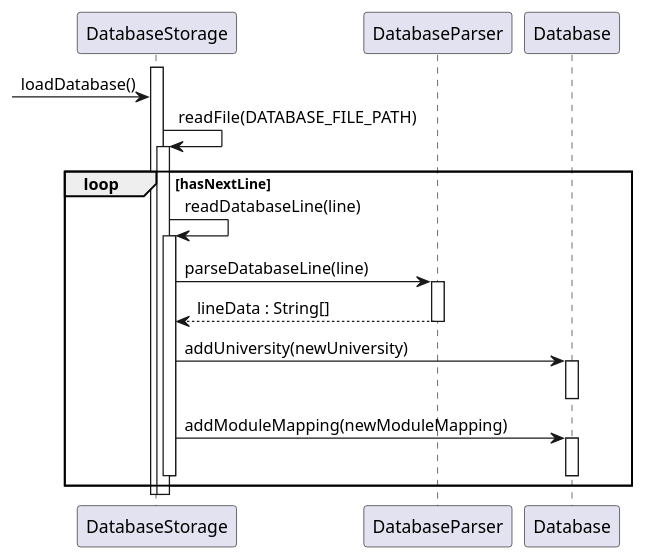
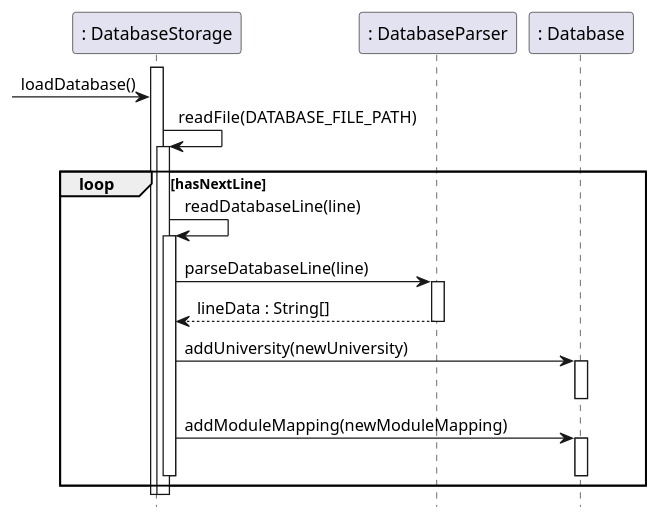
The diagram in docs/diagrams/Database_Sequence.puml (nus-cs2113-AY2223S1/tp), drawn with PlantUML before and after one commit. The commit also changed 1 other file, not shown here.

Commit message:
Update database sequence diagram
Remove footbox and add colon in front of classes

```diff
--- a/docs/diagrams/Database_Sequence.puml
+++ b/docs/diagrams/Database_Sequence.puml
@@ -1,34 +1,36 @@
 @startuml
 
-activate DatabaseStorage
+hide footbox
 
--> DatabaseStorage : loadDatabase()
+activate ": DatabaseStorage"
 
-DatabaseStorage -> DatabaseStorage : readFile(DATABASE_FILE_PATH)
-activate DatabaseStorage
+-> ": DatabaseStorage" : loadDatabase()
+
+": DatabaseStorage" -> ": DatabaseStorage" : readFile(DATABASE_FILE_PATH)
+activate ": DatabaseStorage"
 
 loop hasNextLine
-    DatabaseStorage -> DatabaseStorage : readDatabaseLine(line)
-    activate DatabaseStorage
+    ": DatabaseStorage" -> ": DatabaseStorage" : readDatabaseLine(line)
+    activate ": DatabaseStorage"
 
-    DatabaseStorage -> DatabaseParser : parseDatabaseLine(line)
-    activate DatabaseParser
-    DatabaseParser --> DatabaseStorage : lineData : String[]
-    deactivate DatabaseParser
+    ": DatabaseStorage" -> ": DatabaseParser" : parseDatabaseLine(line)
+    activate ": DatabaseParser"
+    ": DatabaseParser" --> ": DatabaseStorage" : lineData : String[]
+    deactivate ": DatabaseParser"
 
-    DatabaseStorage -> Database : addUniversity(newUniversity)
-    activate Database
-    deactivate Database
+    ": DatabaseStorage" -> ": Database" : addUniversity(newUniversity)
+    activate ": Database"
+    deactivate ": Database"
 
-    DatabaseStorage -> Database : addModuleMapping(newModuleMapping)
-    activate Database
-    deactivate Database
+    ": DatabaseStorage" -> ": Database" : addModuleMapping(newModuleMapping)
+    activate ": Database"
+    deactivate ": Database"
 
-    deactivate DatabaseStorage
+    deactivate ": DatabaseStorage"
 end
 
-deactivate DatabaseStorage
+deactivate ": DatabaseStorage"
 
-deactivate DatabaseStorage
+deactivate ": DatabaseStorage"
 
 @enduml
```
